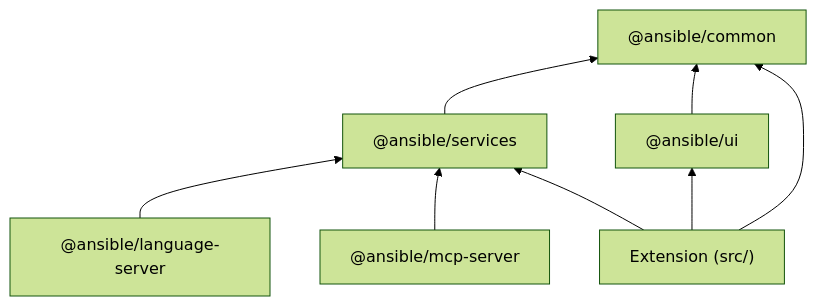
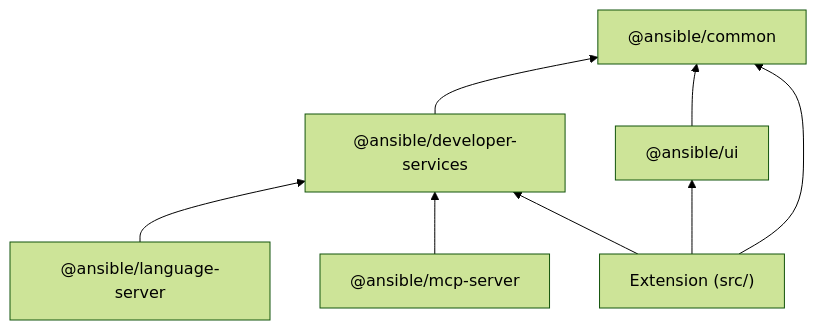
The diagram in .sdlc/adrs/ADR-011-package-architecture.md (ansible/vscode-ansible), drawn with Mermaid (forest theme) before and after one commit. The commit also changed other lines of this file and 81 other files, not shown here.

First line of the commit message:
refactor(core): rename @ansible/services to @ansible/developer-services

````diff
--- a/.sdlc/adrs/ADR-011-package-architecture.md
+++ b/.sdlc/adrs/ADR-011-package-architecture.md
@@ -98,17 +98,17 @@
 ```mermaid
 flowchart BT
     common["@ansible/common"]
-    services["@ansible/services"]
+    services["@ansible/developer-services"]
     ui["@ansible/ui"]
     ls["@ansible/language-server"]
     mcp["@ansible/mcp-server"]
     ext["Extension (src/)"]
 
     services --> common
     ui --> common
     ls --> services
     mcp --> services
     ext --> services
     ext --> common
     ext --> ui
 ```
````
